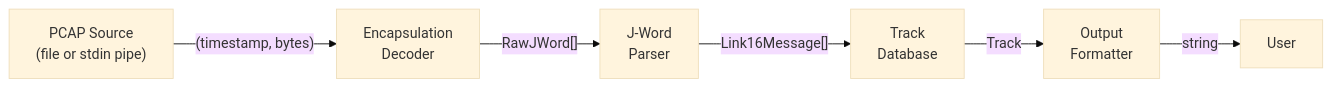
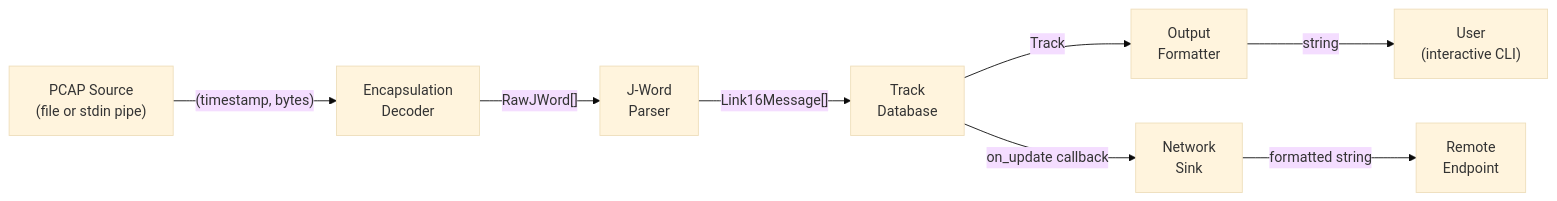
One commit to tellerj/parser changed the second of 5 diagrams in ARCHITECTURE.md. Above: the diagram before and after it, drawn with Mermaid (base theme). The commit also changed other lines of this file and 30 other files, not shown here.

````diff
--- a/ARCHITECTURE.md
+++ b/ARCHITECTURE.md
@@ -15,8 +53,10 @@
 ```mermaid
 flowchart LR
     A["PCAP Source<br/>(file or stdin pipe)"] -->|"(timestamp, bytes)"| B["Encapsulation<br/>Decoder"]
     B -->|"RawJWord[]"| C["J-Word<br/>Parser"]
     C -->|"Link16Message[]"| D["Track<br/>Database"]
     D -->|"Track"| E["Output<br/>Formatter"]
-    E -->|"string"| F["User"]
+    E -->|"string"| F["User<br/>(interactive CLI)"]
+    D -->|"on_update callback"| G["Network<br/>Sink"]
+    G -->|"formatted string"| H["Remote<br/>Endpoint"]
 ```
````
